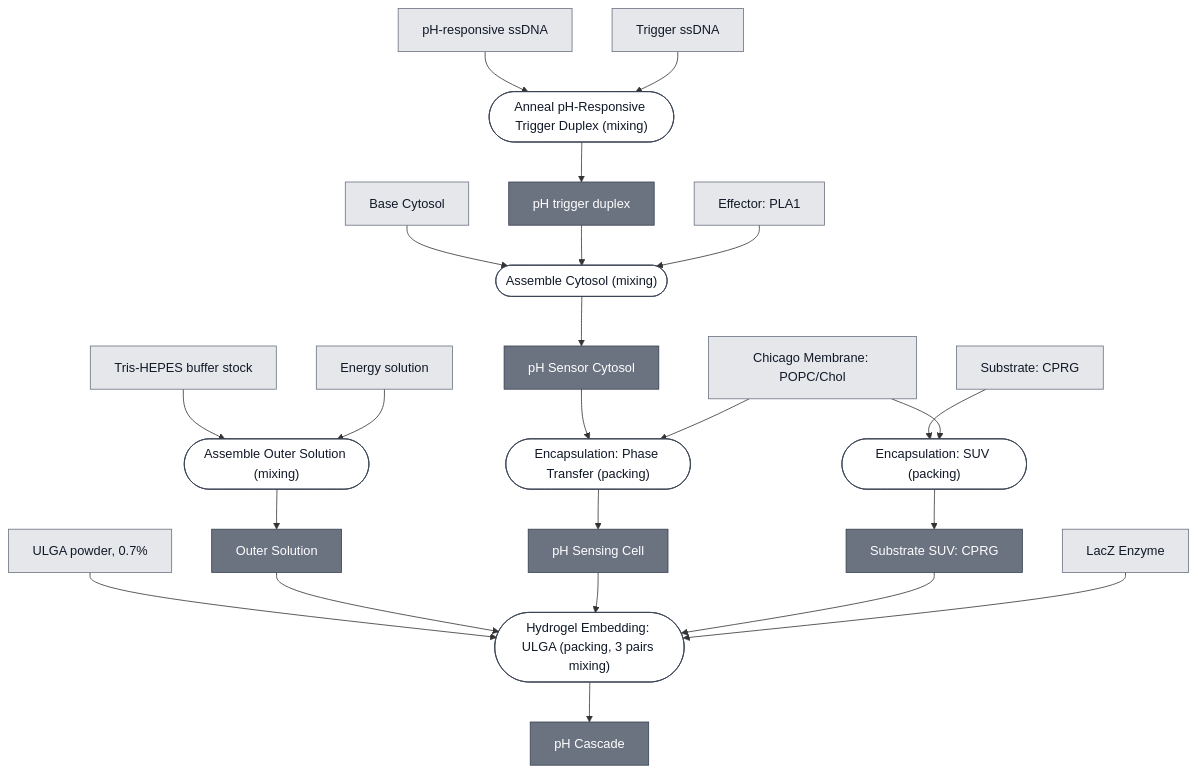
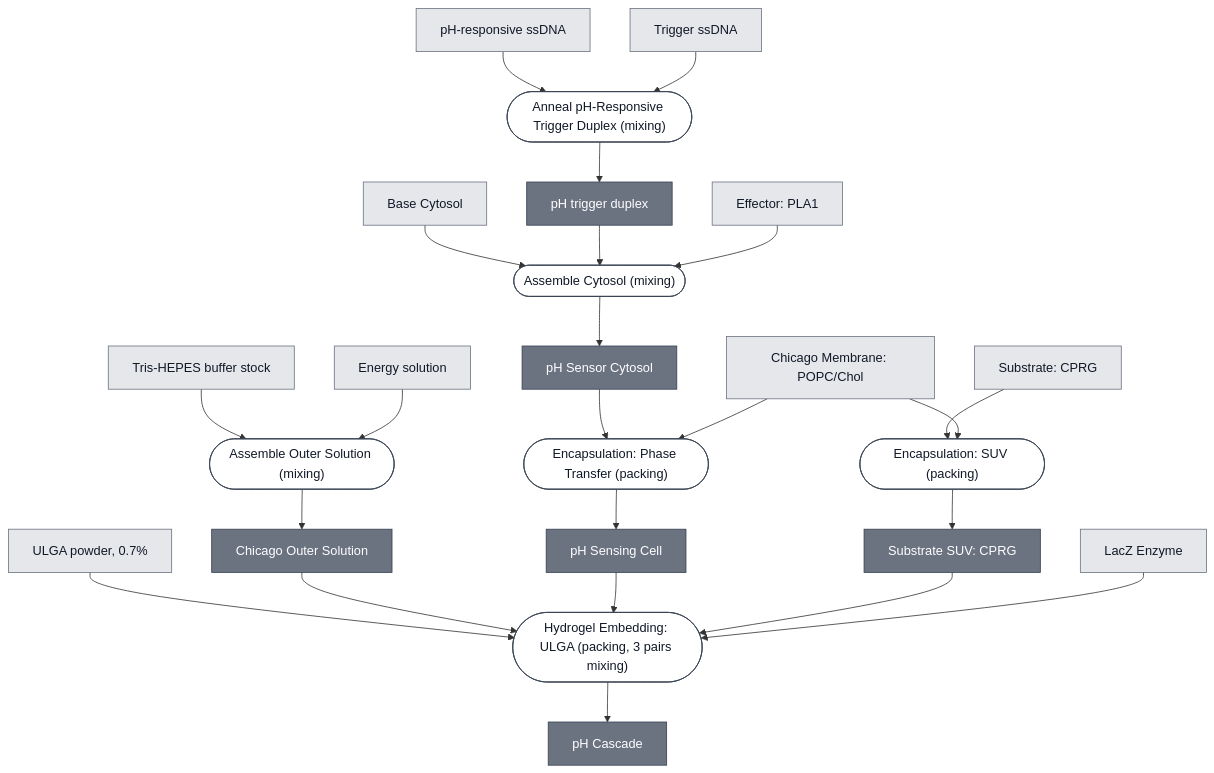
The diagram in docs/modules/ph-cascade/spec.md (nucleus-eng/nucleus-docs), drawn with Mermaid before and after one commit. The commit also changed other lines of this file and 18 other files, not shown here.

````diff
--- a/docs/modules/ph-cascade/spec.md
+++ b/docs/modules/ph-cascade/spec.md
@@ -35,80 +35,81 @@
 ```mermaid
 flowchart TD
     BASE_CYTOSOL["Base Cytosol"]
     PH_RESPONSIVE_SSDNA["pH-responsive ssDNA"]
     TRIGGER_SSDNA["Trigger ssDNA"]
     EFFECTOR_PLA1["Effector: PLA1"]
     MEMBRANE_CHICAGO["Chicago Membrane: POPC/Chol"]
     SUBSTRATE_CPRG["Substrate: CPRG"]
     REPORTER_LACZ_ENZYME["LacZ Enzyme"]
     ULGA_POWDER["ULGA powder, 0.7%"]
     TRIS_HEPES_STOCK["Tris-HEPES buffer stock"]
     ENERGY_SOLUTION["Energy solution"]
 
     P1_ASSEMBLE_OUTER_SOLUTION_0(["Assemble Outer Solution (mixing)"])
-    CHICAGO_OUTER_SOLUTION["Outer Solution"]
+    OUTER_SOLUTION_CHICAGO["Chicago Outer Solution"]
     P2_ANNEAL_TRIGGER_DUPLEX_0(["Anneal pH-Responsive Trigger Duplex (mixing)"])
     PH_TRIGGER_DUPLEX["pH trigger duplex"]
     P3_ASSEMBLE_CYTOSOL_0(["Assemble Cytosol (mixing)"])
     PH_SENSOR_CYTOSOL["pH Sensor Cytosol"]
     P4_ENCAPSULATE_0(["Encapsulation: Phase Transfer (packing)"])
     PH_SENSING_CELL["pH Sensing Cell"]
     P5_ENCAPSULATE_SUBSTRATE_SUV_0(["Encapsulation: SUV (packing)"])
     SUBSTRATE_CPRG_SUV["Substrate SUV: CPRG"]
     P6_EMBED_AGAROSE_0(["Hydrogel Embedding: ULGA (packing, 3 pairs mixing)"])
     PH_CASCADE["pH Cascade"]
 
     TRIS_HEPES_STOCK --> P1_ASSEMBLE_OUTER_SOLUTION_0
     ENERGY_SOLUTION --> P1_ASSEMBLE_OUTER_SOLUTION_0
-    P1_ASSEMBLE_OUTER_SOLUTION_0 --> CHICAGO_OUTER_SOLUTION
+    P1_ASSEMBLE_OUTER_SOLUTION_0 --> OUTER_SOLUTION_CHICAGO
 
     PH_RESPONSIVE_SSDNA --> P2_ANNEAL_TRIGGER_DUPLEX_0
     TRIGGER_SSDNA --> P2_ANNEAL_TRIGGER_DUPLEX_0
     P2_ANNEAL_TRIGGER_DUPLEX_0 --> PH_TRIGGER_DUPLEX
 
     BASE_CYTOSOL --> P3_ASSEMBLE_CYTOSOL_0
     PH_TRIGGER_DUPLEX --> P3_ASSEMBLE_CYTOSOL_0
     EFFECTOR_PLA1 --> P3_ASSEMBLE_CYTOSOL_0
     P3_ASSEMBLE_CYTOSOL_0 --> PH_SENSOR_CYTOSOL
 
     PH_SENSOR_CYTOSOL --> P4_ENCAPSULATE_0
     MEMBRANE_CHICAGO --> P4_ENCAPSULATE_0
     P4_ENCAPSULATE_0 --> PH_SENSING_CELL
 
     SUBSTRATE_CPRG --> P5_ENCAPSULATE_SUBSTRATE_SUV_0
     MEMBRANE_CHICAGO --> P5_ENCAPSULATE_SUBSTRATE_SUV_0
     P5_ENCAPSULATE_SUBSTRATE_SUV_0 --> SUBSTRATE_CPRG_SUV
 
     ULGA_POWDER --> P6_EMBED_AGAROSE_0
-    CHICAGO_OUTER_SOLUTION --> P6_EMBED_AGAROSE_0
+    OUTER_SOLUTION_CHICAGO --> P6_EMBED_AGAROSE_0
     PH_SENSING_CELL --> P6_EMBED_AGAROSE_0
     SUBSTRATE_CPRG_SUV --> P6_EMBED_AGAROSE_0
     REPORTER_LACZ_ENZYME --> P6_EMBED_AGAROSE_0
     P6_EMBED_AGAROSE_0 --> PH_CASCADE
 
 
     classDef leaf     fill:#e5e7eb,stroke:#6b7280,color:#111827;
     classDef composed fill:#6b7280,stroke:#374151,color:#ffffff;
     classDef process  fill:#ffffff,stroke:#374151,color:#111827;
     class BASE_CYTOSOL,PH_RESPONSIVE_SSDNA,TRIGGER_SSDNA,EFFECTOR_PLA1,MEMBRANE_CHICAGO,SUBSTRATE_CPRG,REPORTER_LACZ_ENZYME,ULGA_POWDER,TRIS_HEPES_STOCK,ENERGY_SOLUTION leaf;
-    class CHICAGO_OUTER_SOLUTION,PH_TRIGGER_DUPLEX,PH_SENSOR_CYTOSOL,PH_SENSING_CELL,SUBSTRATE_CPRG_SUV,PH_CASCADE composed;
+    class OUTER_SOLUTION_CHICAGO,PH_TRIGGER_DUPLEX,PH_SENSOR_CYTOSOL,PH_SENSING_CELL,SUBSTRATE_CPRG_SUV,PH_CASCADE composed;
     class P1_ASSEMBLE_OUTER_SOLUTION_0,P2_ANNEAL_TRIGGER_DUPLEX_0,P3_ASSEMBLE_CYTOSOL_0,P4_ENCAPSULATE_0,P5_ENCAPSULATE_SUBSTRATE_SUV_0,P6_EMBED_AGAROSE_0 process;
 
     click BASE_CYTOSOL "/docs/modules/base-cytosol/spec"
     click EFFECTOR_PLA1 "/docs/modules/effector-pla1/spec"
     click MEMBRANE_CHICAGO "/docs/modules/membrane-popc-chol-chicago/spec"
     click SUBSTRATE_CPRG "/docs/modules/substrate-cprg/spec"
     click REPORTER_LACZ_ENZYME "/docs/modules/reporter-lacz-enzyme/spec"
     click ULGA_POWDER "/docs/modules/gel-ulga/spec"
     click P1_ASSEMBLE_OUTER_SOLUTION_0 "/docs/processes/assemble-outer-solution/main"
+    click OUTER_SOLUTION_CHICAGO "/docs/modules/outer-solution-chicago/spec"
     click P2_ANNEAL_TRIGGER_DUPLEX_0 "/docs/processes/anneal-ph-trigger-duplex/main"
     click PH_TRIGGER_DUPLEX "/docs/modules/detector-ph/spec"
     click P3_ASSEMBLE_CYTOSOL_0 "/docs/processes/assemble-cytosol/assemble-cytosol-main"
     click PH_SENSOR_CYTOSOL "/docs/modules/ph-sensor-cytosol/spec"
     click P4_ENCAPSULATE_0 "/docs/processes/assemble-base-cell/main"
     click PH_SENSING_CELL "/docs/modules/ph-sensing-cell/spec"
     click P5_ENCAPSULATE_SUBSTRATE_SUV_0 "/docs/processes/encapsulate-suv/main"
     click SUBSTRATE_CPRG_SUV "/docs/modules/substrate-cprg-suv/spec"
     click P6_EMBED_AGAROSE_0 "/docs/processes/embed-ulga-hydrogel/main"
     click PH_CASCADE "/docs/modules/ph-cascade/spec"
 ```
````
